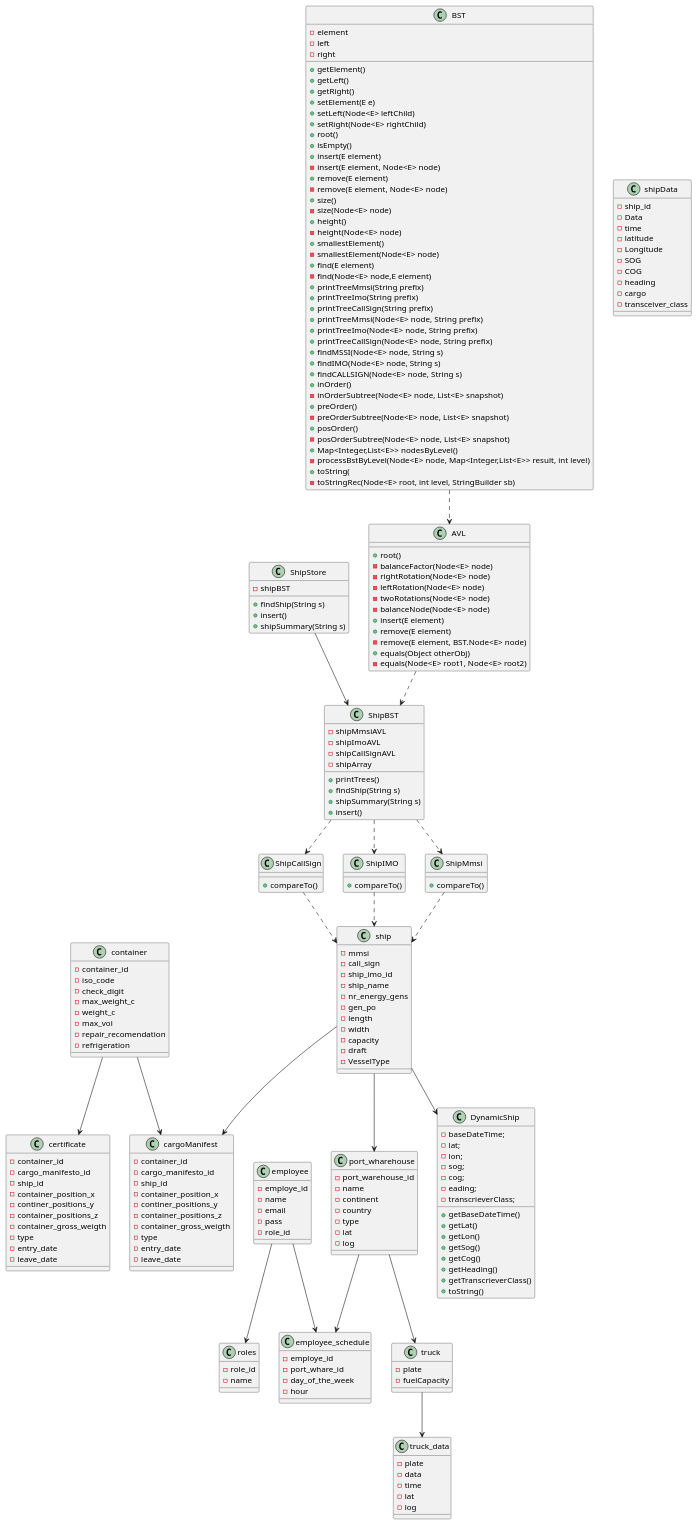
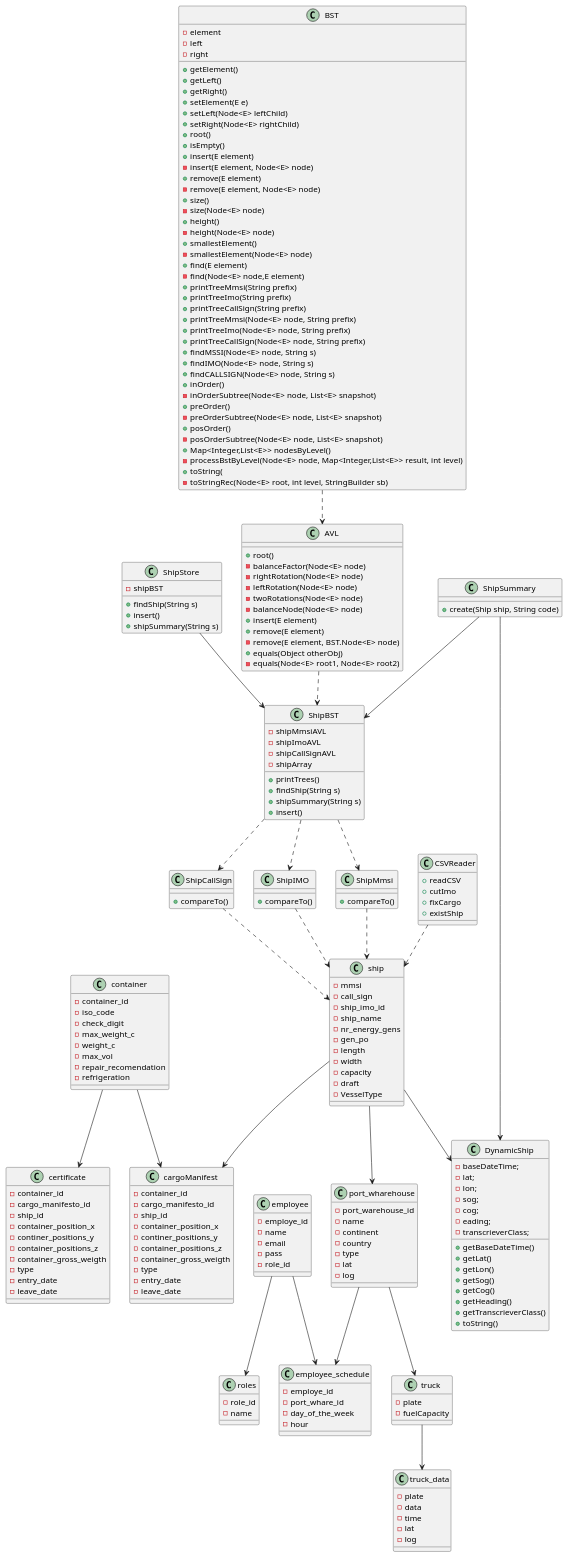
The diagram in docs/Sprint 1/CD.puml (jsmarques98/LAPR3-ISEP), drawn with PlantUML before and after one commit. The commit also changed 6 other files, not shown here.

```diff
--- a/docs/Sprint 1/CD.puml
+++ b/docs/Sprint 1/CD.puml
@@ -34,18 +34,7 @@
     -draft
     -VesselType
   }
-class shipData{
-    -ship_id
-    -Data
-    -time
-    -latitude
-    -Longitude
-    -SOG
-    -COG
-    -heading
-    -cargo
-    -transceiver_class
-}
+
 class port_wharehouse{
     -port_warehouse_id
     -name
@@ -197,6 +186,22 @@
     +toString(
     -toStringRec(Node<E> root, int level, StringBuilder sb)
 }
+
+class CSVReader {
+    +readCSV
+    +cutImo
+    +fixCargo
+    +existShip
+}
+class ShipSummary{
+    +create(Ship ship, String code)
+}
+
+ShipSummary-->DynamicShip
+ShipSummary-->ShipBST
+
+CSVReader..>ship
+
 BST..>AVL
 
 AVL..>ShipBST
```
